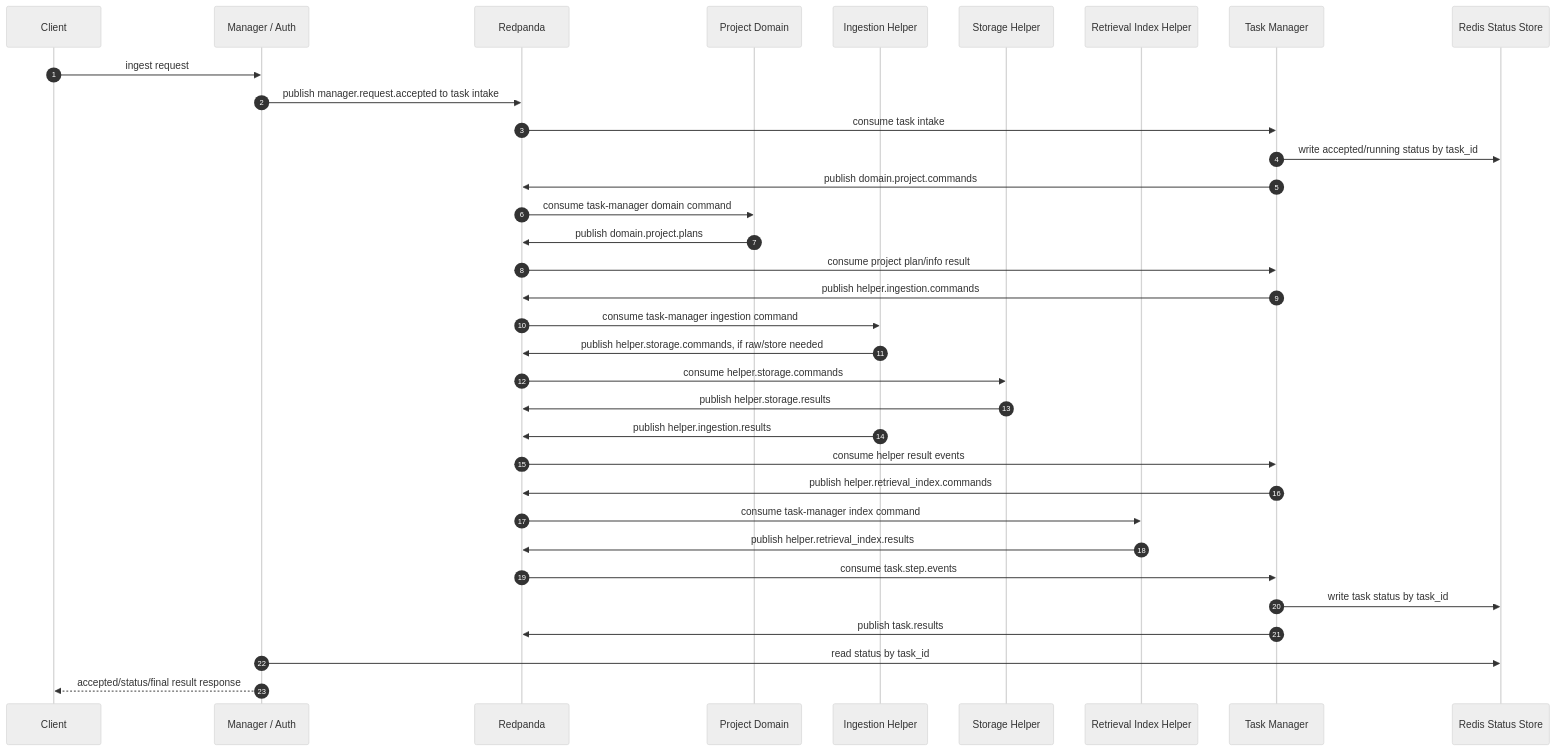
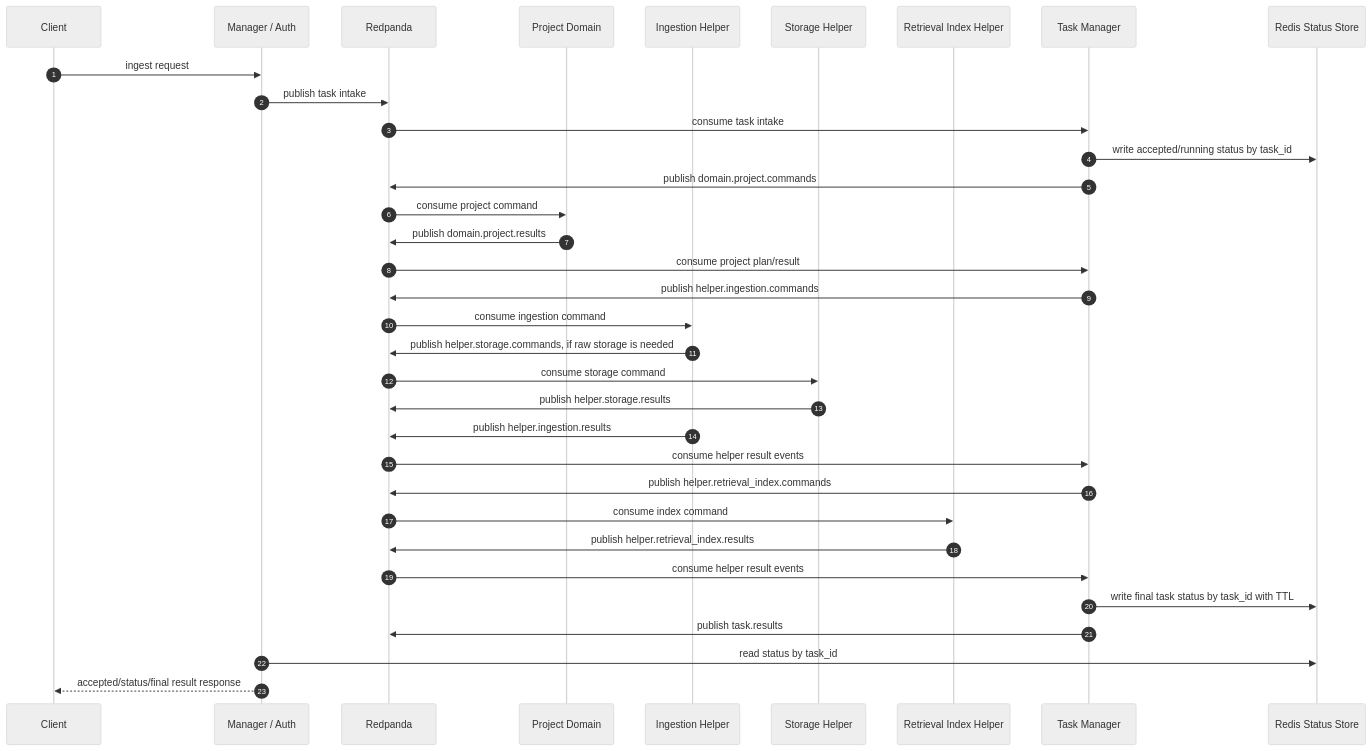
One commit to bruuuuuceliu/qdrant_rag_server changed the second of 7 diagrams in progress.md. Above: the diagram before and after it, drawn with Mermaid (neutral theme). The commit also changed other lines of this file and 212 other files, not shown here.

````diff
--- a/progress.md
+++ b/progress.md
@@ -210,37 +72,37 @@
 ```mermaid
 sequenceDiagram
     autonumber
     participant C as Client
     participant M as Manager / Auth
     participant B as Redpanda
     participant P as Project Domain
     participant I as Ingestion Helper
     participant S as Storage Helper
     participant R as Retrieval Index Helper
     participant T as Task Manager
     participant Redis as Redis Status Store
 
     C->>M: ingest request
-    M->>B: publish manager.request.accepted to task intake
+    M->>B: publish task intake
     B->>T: consume task intake
     T->>Redis: write accepted/running status by task_id
     T->>B: publish domain.project.commands
-    B->>P: consume task-manager domain command
-    P->>B: publish domain.project.plans
-    B->>T: consume project plan/info result
+    B->>P: consume project command
+    P->>B: publish domain.project.results
+    B->>T: consume project plan/result
     T->>B: publish helper.ingestion.commands
-    B->>I: consume task-manager ingestion command
-    I->>B: publish helper.storage.commands, if raw/store needed
-    B->>S: consume helper.storage.commands
+    B->>I: consume ingestion command
+    I->>B: publish helper.storage.commands, if raw storage is needed
+    B->>S: consume storage command
     S->>B: publish helper.storage.results
     I->>B: publish helper.ingestion.results
     B->>T: consume helper result events
     T->>B: publish helper.retrieval_index.commands
-    B->>R: consume task-manager index command
+    B->>R: consume index command
     R->>B: publish helper.retrieval_index.results
-    B->>T: consume task.step.events
-    T->>Redis: write task status by task_id
+    B->>T: consume helper result events
+    T->>Redis: write final task status by task_id with TTL
     T->>B: publish task.results
     M->>Redis: read status by task_id
     M-->>C: accepted/status/final result response
 ```
````
